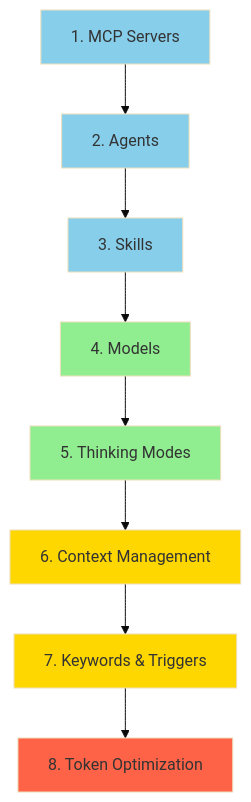
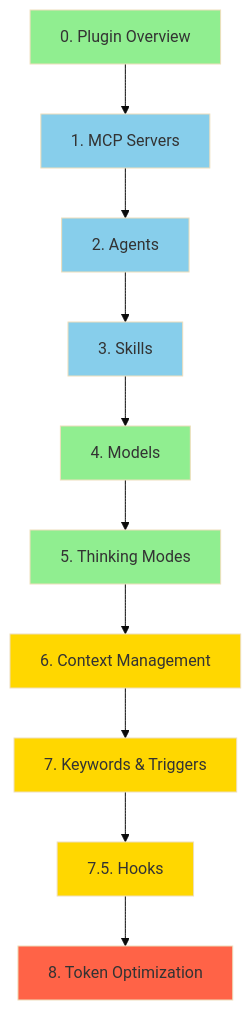
Before and after one commit to sxntixgo/claudecode-documentation: the first of 2 diagrams in TABLE_OF_CONTENTS.md, drawn with Mermaid (base theme). The commit also changed other lines of this file and 7 other files, not shown here.

````diff
--- a/TABLE_OF_CONTENTS.md
+++ b/TABLE_OF_CONTENTS.md
@@ -18,24 +18,28 @@
 ```mermaid
 graph TD
-    A[1. MCP Servers] --> B[2. Agents]
+    Z[0. Plugin Overview] --> A[1. MCP Servers]
+    A --> B[2. Agents]
     B --> C[3. Skills]
     C --> D[4. Models]
     D --> E[5. Thinking Modes]
     E --> F[6. Context Management]
     F --> G[7. Keywords & Triggers]
-    G --> H[8. Token Optimization]
+    G --> H[7.5. Hooks]
+    H --> I[8. Token Optimization]
 
+    style Z fill:#90EE90
     style A fill:#87CEEB
     style B fill:#87CEEB
     style C fill:#87CEEB
     style D fill:#90EE90
     style E fill:#90EE90
     style F fill:#FFD700
     style G fill:#FFD700
-    style H fill:#FF6347
+    style H fill:#FFD700
+    style I fill:#FF6347
 
     classDef beginner fill:#87CEEB
     classDef intermediate fill:#90EE90
     classDef advanced fill:#FFD700
     classDef mastery fill:#FF6347
 ```
````
